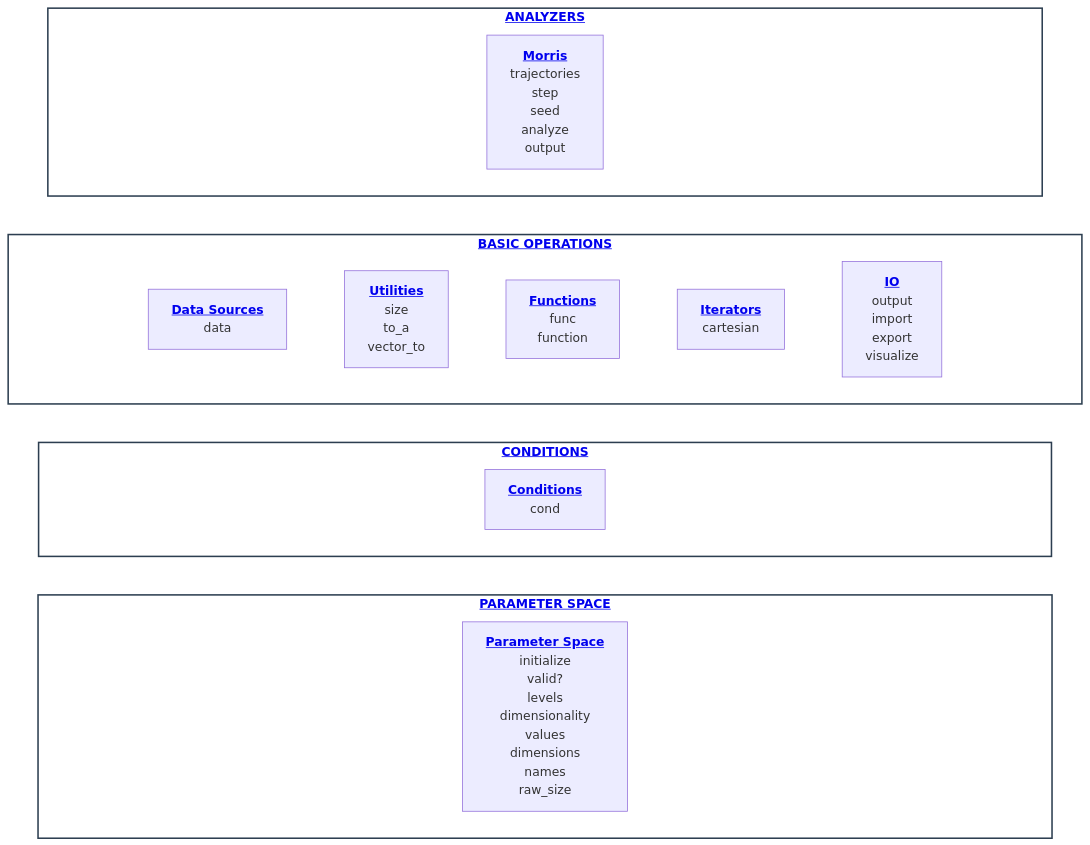
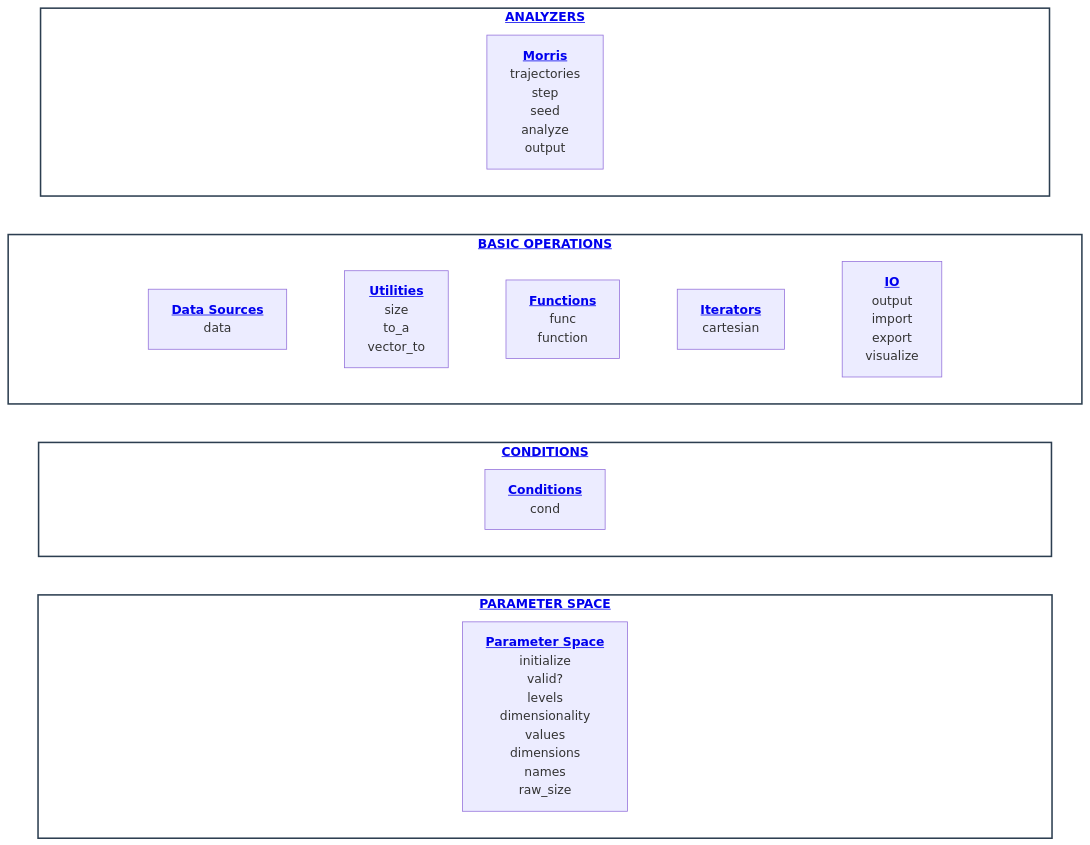
One commit to Yuri-Rassokhin/flex-cartesian changed the diagram in docs/api/api.md. Above: the diagram before and after it, drawn with Mermaid.

Commit message:
updated: README

````diff
--- a/docs/api/api.md
+++ b/docs/api/api.md
@@ -6,31 +6,31 @@
 ```mermaid
 flowchart TB
     classDef layer fill:#ffffff,stroke:#2c3e50,stroke-width:2px;
     classDef ghost fill:transparent,stroke:transparent,color:transparent;
 
     subgraph Analyzers ["<a href='https://github.com/Yuri-Rassokhin/flex-cartesian/blob/main/docs/api/api.md#analyzers'><b>ANALYZERS</b></a>"]
         direction LR
-        gA1["xxxxxxxxxxxxxxxxxxxxxxxxxxxxxxxxxxxxxxxxxx"]:::ghost ~~~ M["<a href='https://github.com/Yuri-Rassokhin/flex-cartesian/blob/main/docs/api/api.md#morris-analyzer'><b>Morris</b></a><br/>trajectories<br/>step<br/>seed<br/>analyze<br/>output"] ~~~ gA2["xxxxxxxxxxxxxxxxxxxxxxxxxxxxxxxxxxxxxxxxxx"]:::ghost
+        gA1["xxxxxxxxxxxxxxxxxxxxxxxxxxxxxxxxxxxxxxxxxxx"]:::ghost ~~~ M["<a href='https://github.com/Yuri-Rassokhin/flex-cartesian/blob/main/docs/api/api.md#morris-analyzer'><b>Morris</b></a><br/>trajectories<br/>step<br/>seed<br/>analyze<br/>output"] ~~~ gA2["xxxxxxxxxxxxxxxxxxxxxxxxxxxxxxxxxxxxxxxxxxx"]:::ghost
     end
 
     subgraph Core ["<a href='https://github.com/Yuri-Rassokhin/flex-cartesian/blob/main/docs/api/api.md#basic-operations'><b>BASIC OPERATIONS</b></a>"]
         direction LR
         gD1["x"]:::ghost ~~~ DS["<a href='https://github.com/Yuri-Rassokhin/flex-cartesian/blob/main/docs/api/api.md#data-sources'><b>Data Sources</b></a><br/>data"] ~~~ UT["<a href='https://github.com/Yuri-Rassokhin/flex-cartesian/blob/main/docs/api/api.md#utilities'><b>Utilities</b></a><br/>size<br/>to_a<br/>vector_to"] ~~~ FN["<a href='https://github.com/Yuri-Rassokhin/flex-cartesian/blob/main/docs/api/api.md#functions'><b>Functions</b></a><br/>func<br/>function"] ~~~ IT["<a href='https://github.com/Yuri-Rassokhin/flex-cartesian/blob/main/docs/api/api.md#iterators'><b>Iterators</b></a><br/>cartesian"] ~~~ IO["<a href='https://github.com/Yuri-Rassokhin/flex-cartesian/blob/main/docs/api/api.md#io'><b>IO</b></a><br/>output<br/>import<br/>export<br/>visualize"] ~~~ gD2["x"]:::ghost
     end
 
     subgraph Cond ["<a href='https://github.com/Yuri-Rassokhin/flex-cartesian/blob/main/docs/api/api.md#conditions'><b>CONDITIONS</b></a>"]
         direction LR
         gC1["xxxxxxxxxxxxxxxxxxxxxxxxxxxxxxxxxxxxxxxxxxx"]:::ghost ~~~ C["<a href='https://github.com/Yuri-Rassokhin/flex-cartesian/blob/main/docs/api/api.md#conditions'><b>Conditions</b></a><br/>cond"] ~~~ gC2["xxxxxxxxxxxxxxxxxxxxxxxxxxxxxxxxxxxxxxxxxxx"]:::ghost
     end
 
     subgraph Params ["<a href='https://github.com/Yuri-Rassokhin/flex-cartesian/blob/main/docs/api/api.md#parameter-space'><b>PARAMETER SPACE</b></a>"]
         direction LR
         gP1["xxxxxxxxxxxxxxxxxxxxxxxxxxxxxxxxxxxxxxxx"]:::ghost ~~~ PS["<a href='https://github.com/Yuri-Rassokhin/flex-cartesian/blob/main/docs/api/api.md#parameter-space'><b>Parameter Space</b></a><br/>initialize<br/>valid?<br/>levels<br/>dimensionality<br/>values<br/>dimensions<br/>names<br/>raw_size"] ~~~ gP2["xxxxxxxxxxxxxxxxxxxxxxxxxxxxxxxxxxxxxxxx"]:::ghost
     end
 
     Analyzers ~~~ Core
     Core ~~~ Cond
     Cond ~~~ Params
 
     class Analyzers,Core,Cond,Params layer;
 ```
````
